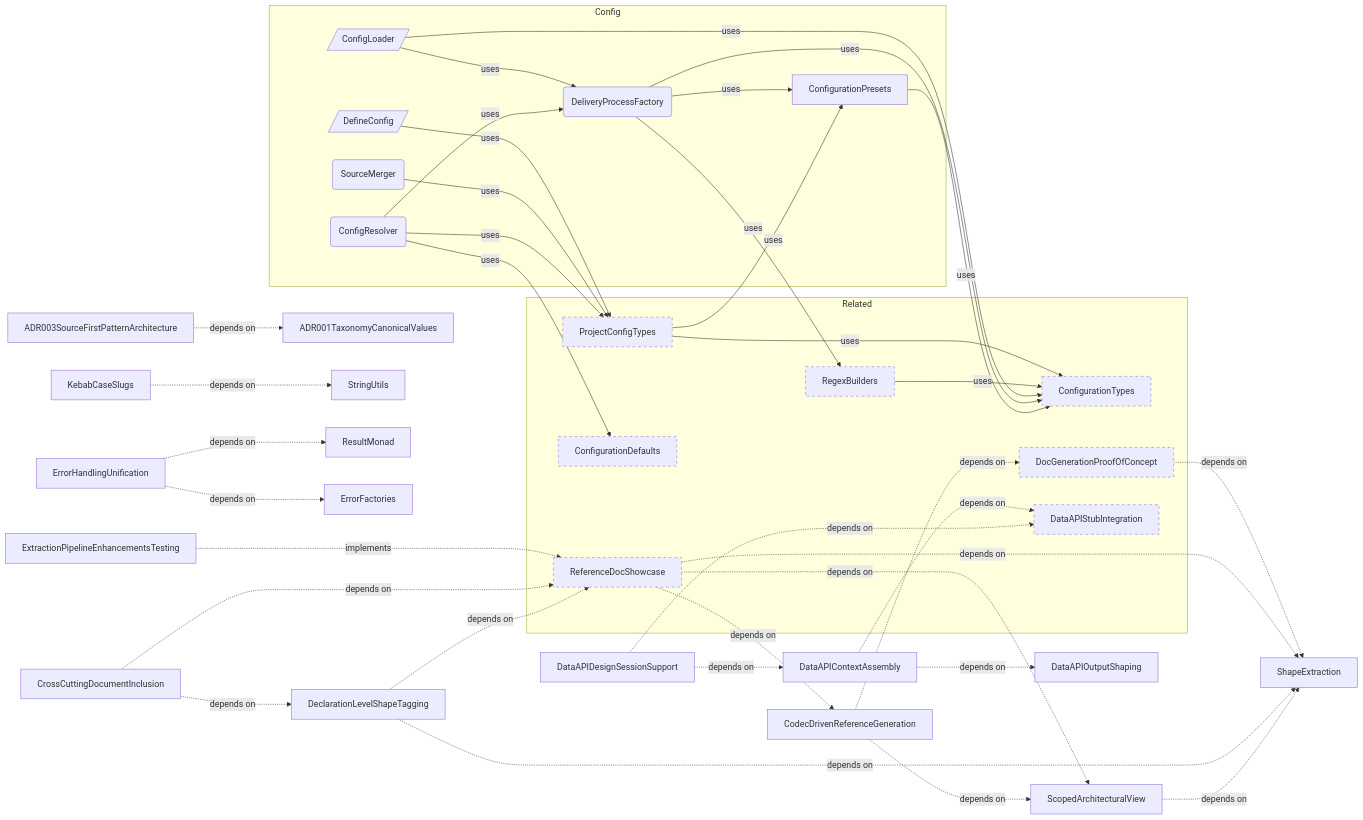
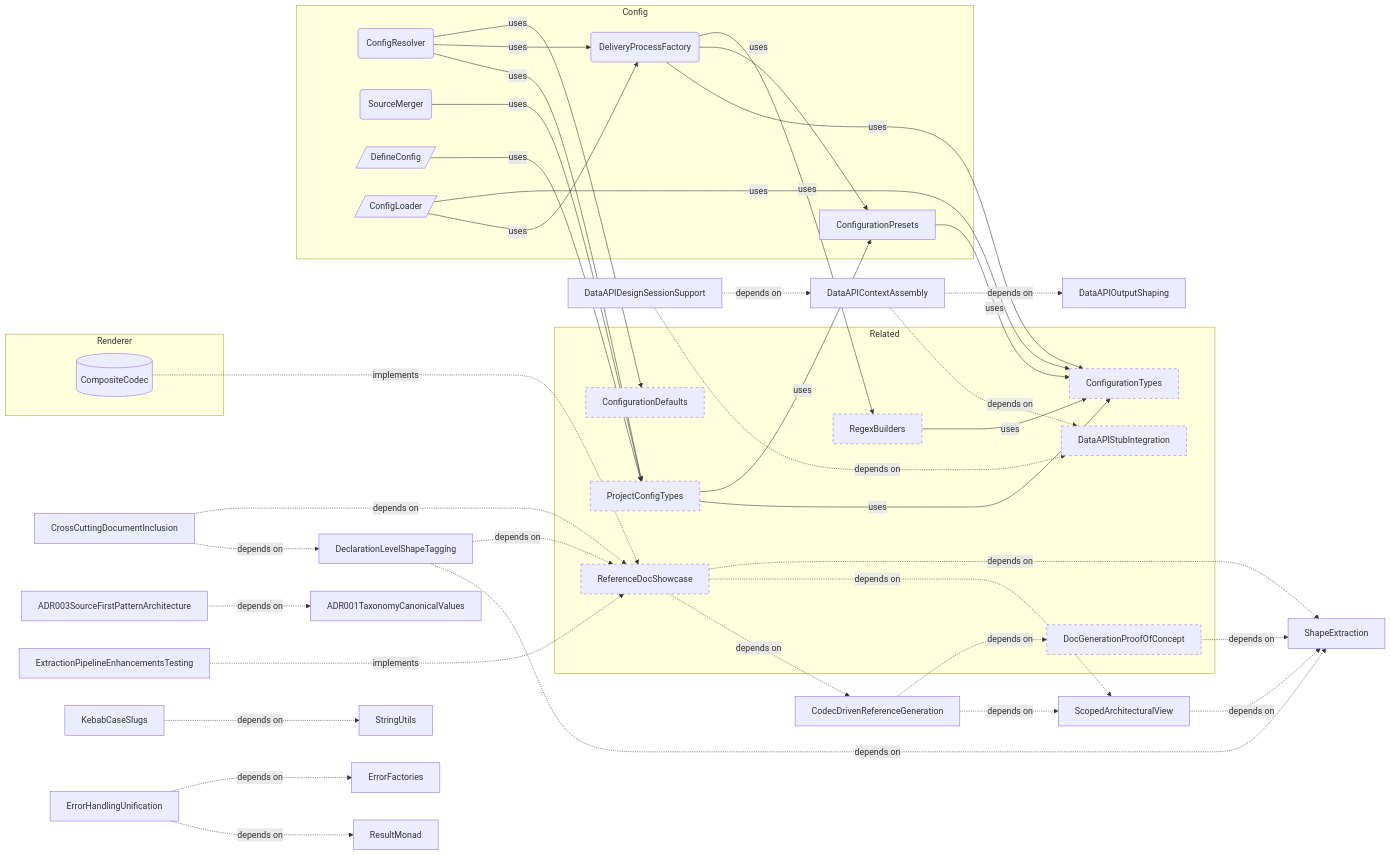
One commit to libar-dev/architect changed the second of 2 diagrams in docs-live/PRODUCT-AREAS.md. Above: the diagram before and after it, drawn with Mermaid. The commit also changed other lines of this file and 22 other files, not shown here.

First line of the commit message:
feat: implement GeneratedDocQuality (Phase 38, roadmap→active)

````diff
--- a/docs-live/PRODUCT-AREAS.md
+++ b/docs-live/PRODUCT-AREAS.md
@@ -175,71 +179,75 @@
 ```mermaid
 graph LR
     subgraph config["Config"]
         ConfigResolver("ConfigResolver")
         ConfigurationPresets["ConfigurationPresets"]
         SourceMerger("SourceMerger")
         DeliveryProcessFactory("DeliveryProcessFactory")
         DefineConfig[/"DefineConfig"/]
         ConfigLoader[/"ConfigLoader"/]
     end
-    ADR003SourceFirstPatternArchitecture["ADR003SourceFirstPatternArchitecture"]
-    ADR001TaxonomyCanonicalValues["ADR001TaxonomyCanonicalValues"]
+    subgraph renderer["Renderer"]
+        CompositeCodec[("CompositeCodec")]
+    end
     ShapeExtraction["ShapeExtraction"]
     ScopedArchitecturalView["ScopedArchitecturalView"]
     DeclarationLevelShapeTagging["DeclarationLevelShapeTagging"]
     DataAPIDesignSessionSupport["DataAPIDesignSessionSupport"]
     DataAPIOutputShaping["DataAPIOutputShaping"]
     DataAPIContextAssembly["DataAPIContextAssembly"]
     CrossCuttingDocumentInclusion["CrossCuttingDocumentInclusion"]
     CodecDrivenReferenceGeneration["CodecDrivenReferenceGeneration"]
+    ADR003SourceFirstPatternArchitecture["ADR003SourceFirstPatternArchitecture"]
+    ADR001TaxonomyCanonicalValues["ADR001TaxonomyCanonicalValues"]
     StringUtils["StringUtils"]
     ResultMonad["ResultMonad"]
     ErrorFactories["ErrorFactories"]
     ExtractionPipelineEnhancementsTesting["ExtractionPipelineEnhancementsTesting"]
     KebabCaseSlugs["KebabCaseSlugs"]
     ErrorHandlingUnification["ErrorHandlingUnification"]
     subgraph related["Related"]
         ConfigurationTypes["ConfigurationTypes"]:::neighbor
         RegexBuilders["RegexBuilders"]:::neighbor
         ProjectConfigTypes["ProjectConfigTypes"]:::neighbor
         ConfigurationDefaults["ConfigurationDefaults"]:::neighbor
         ReferenceDocShowcase["ReferenceDocShowcase"]:::neighbor
         DocGenerationProofOfConcept["DocGenerationProofOfConcept"]:::neighbor
         DataAPIStubIntegration["DataAPIStubIntegration"]:::neighbor
     end
     ConfigResolver -->|uses| ProjectConfigTypes
     ConfigResolver -->|uses| DeliveryProcessFactory
     ConfigResolver -->|uses| ConfigurationDefaults
     ConfigurationPresets -->|uses| ConfigurationTypes
     SourceMerger -->|uses| ProjectConfigTypes
     DeliveryProcessFactory -->|uses| ConfigurationTypes
     DeliveryProcessFactory -->|uses| ConfigurationPresets
     DeliveryProcessFactory -->|uses| RegexBuilders
     DefineConfig -->|uses| ProjectConfigTypes
     ConfigLoader -->|uses| DeliveryProcessFactory
     ConfigLoader -->|uses| ConfigurationTypes
-    ADR003SourceFirstPatternArchitecture -.->|depends on| ADR001TaxonomyCanonicalValues
+    CompositeCodec ..->|implements| ReferenceDocShowcase
     ScopedArchitecturalView -.->|depends on| ShapeExtraction
     DeclarationLevelShapeTagging -.->|depends on| ShapeExtraction
     DeclarationLevelShapeTagging -.->|depends on| ReferenceDocShowcase
     DataAPIDesignSessionSupport -.->|depends on| DataAPIContextAssembly
     DataAPIDesignSessionSupport -.->|depends on| DataAPIStubIntegration
     DataAPIContextAssembly -.->|depends on| DataAPIOutputShaping
     DataAPIContextAssembly -.->|depends on| DataAPIStubIntegration
     CrossCuttingDocumentInclusion -.->|depends on| DeclarationLevelShapeTagging
     CrossCuttingDocumentInclusion -.->|depends on| ReferenceDocShowcase
     CodecDrivenReferenceGeneration -.->|depends on| DocGenerationProofOfConcept
     CodecDrivenReferenceGeneration -.->|depends on| ScopedArchitecturalView
+    ADR003SourceFirstPatternArchitecture -.->|depends on| ADR001TaxonomyCanonicalValues
     ExtractionPipelineEnhancementsTesting ..->|implements| ReferenceDocShowcase
     KebabCaseSlugs -.->|depends on| StringUtils
     ErrorHandlingUnification -.->|depends on| ResultMonad
     ErrorHandlingUnification -.->|depends on| ErrorFactories
     RegexBuilders -->|uses| ConfigurationTypes
     ProjectConfigTypes -->|uses| ConfigurationTypes
     ProjectConfigTypes -->|uses| ConfigurationPresets
     ReferenceDocShowcase -.->|depends on| CodecDrivenReferenceGeneration
     ReferenceDocShowcase -.->|depends on| ScopedArchitecturalView
     ReferenceDocShowcase -.->|depends on| ShapeExtraction
     DocGenerationProofOfConcept -.->|depends on| ShapeExtraction
     classDef neighbor stroke-dasharray: 5 5
 ```
````
